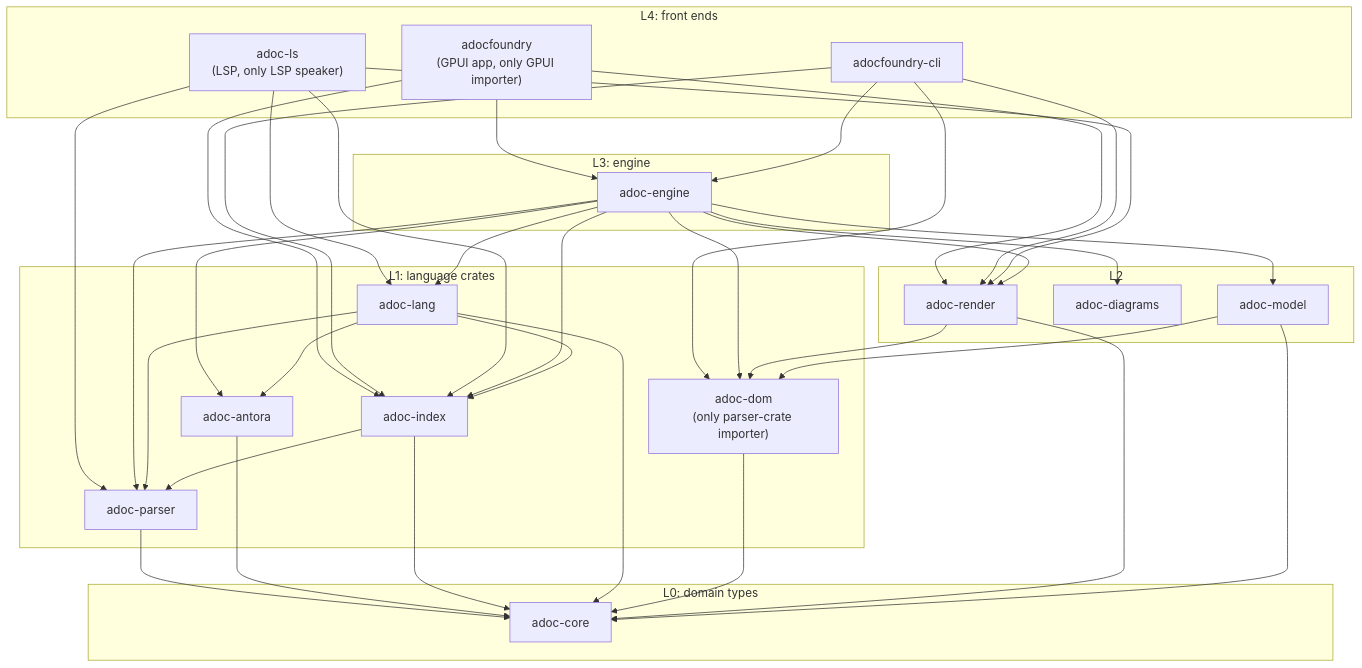
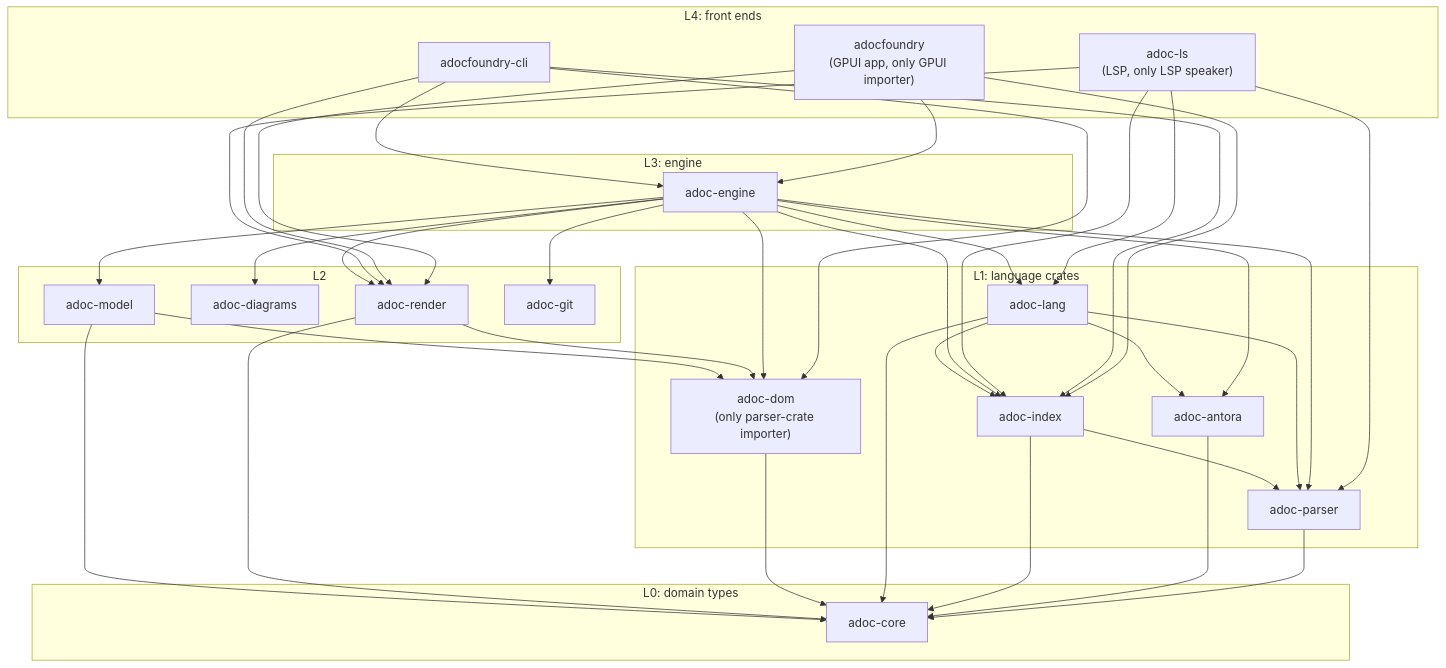
Before and after one commit to bovinemagnet/AdocFoundry: the diagram in src/docs/modules/developer/examples/crate-layers.mmd, drawn with Mermaid. The commit also changed 35 other files, not shown here.

First line of the commit message:
Git 1/5: adoc-git crate — repository discovery, status and line diff in the engine (#20)

```diff
--- a/src/docs/modules/developer/examples/crate-layers.mmd
+++ b/src/docs/modules/developer/examples/crate-layers.mmd
@@ -1,56 +1,58 @@
 flowchart TD
     subgraph L4["L4: front ends"]
         app["adocfoundry<br/>(GPUI app, only GPUI importer)"]
         cli["adocfoundry-cli"]
         ls["adoc-ls<br/>(LSP, only LSP speaker)"]
     end
     subgraph L3["L3: engine"]
         engine["adoc-engine"]
     end
     subgraph L2["L2"]
         render["adoc-render"]
         diagrams["adoc-diagrams"]
         model["adoc-model"]
+        git["adoc-git"]
     end
     subgraph L1["L1: language crates"]
         parser["adoc-parser"]
         dom["adoc-dom<br/>(only parser-crate importer)"]
         antora["adoc-antora"]
         index["adoc-index"]
         lang["adoc-lang"]
     end
     subgraph L0["L0: domain types"]
         core["adoc-core"]
     end
     app --> engine
     app --> index
     app --> render
     cli --> engine
     cli --> index
     cli --> render
     cli --> dom
     ls --> lang
     ls --> index
     ls --> parser
     ls --> render
     engine --> lang
     engine --> index
     engine --> antora
     engine --> parser
     engine --> dom
     engine --> render
     engine --> diagrams
     engine --> model
+    engine --> git
     render --> dom
     model --> dom
     lang --> index
     lang --> antora
     lang --> parser
     index --> parser
     parser --> core
     antora --> core
     index --> core
     lang --> core
     dom --> core
     render --> core
     model --> core
```
